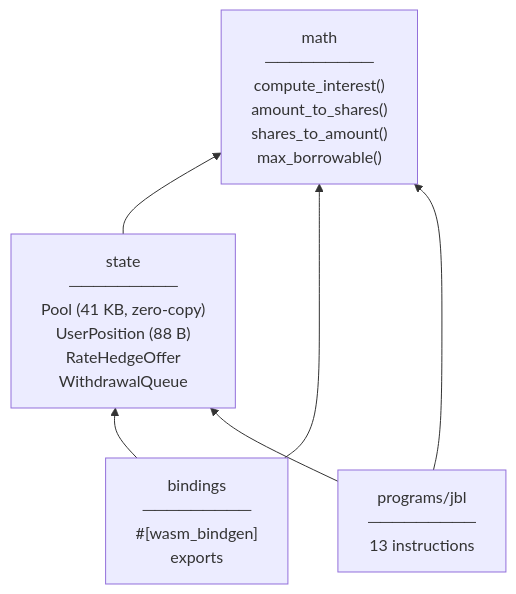
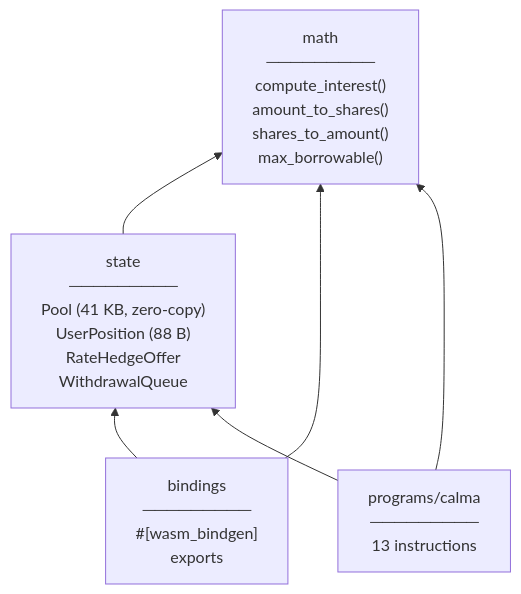
The fourth of 7 diagrams in ARCHITECTURE.md (calma-labs/calma), drawn with Mermaid before and after one commit. The commit also changed other lines of this file and 79 other files, not shown here.

````diff
--- a/ARCHITECTURE.md
+++ b/ARCHITECTURE.md
@@ -103,13 +103,13 @@
 ```mermaid
 graph BT
     MATH["math\n─────────\ncompute_interest()\namount_to_shares()\nshares_to_amount()\nmax_borrowable()"]
     STATE["state\n─────────\nPool (41 KB, zero-copy)\nUserPosition (88 B)\nRateHedgeOffer\nWithdrawalQueue"]
     WASM["bindings\n─────────\n#[wasm_bindgen]\nexports"]
-    PROG["programs/jbl\n─────────\n13 instructions"]
+    PROG["programs/calma\n─────────\n13 instructions"]
 
     STATE --> MATH
     WASM --> MATH
     WASM --> STATE
     PROG --> MATH
     PROG --> STATE
 ```
````
